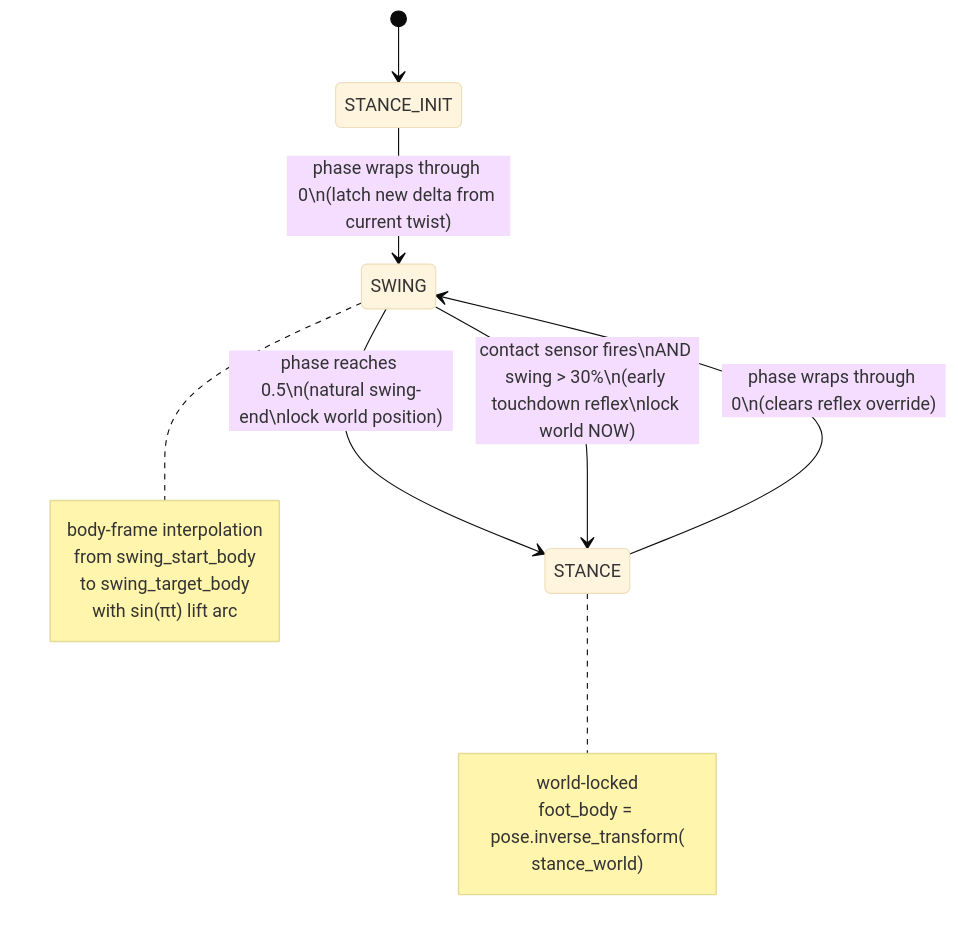
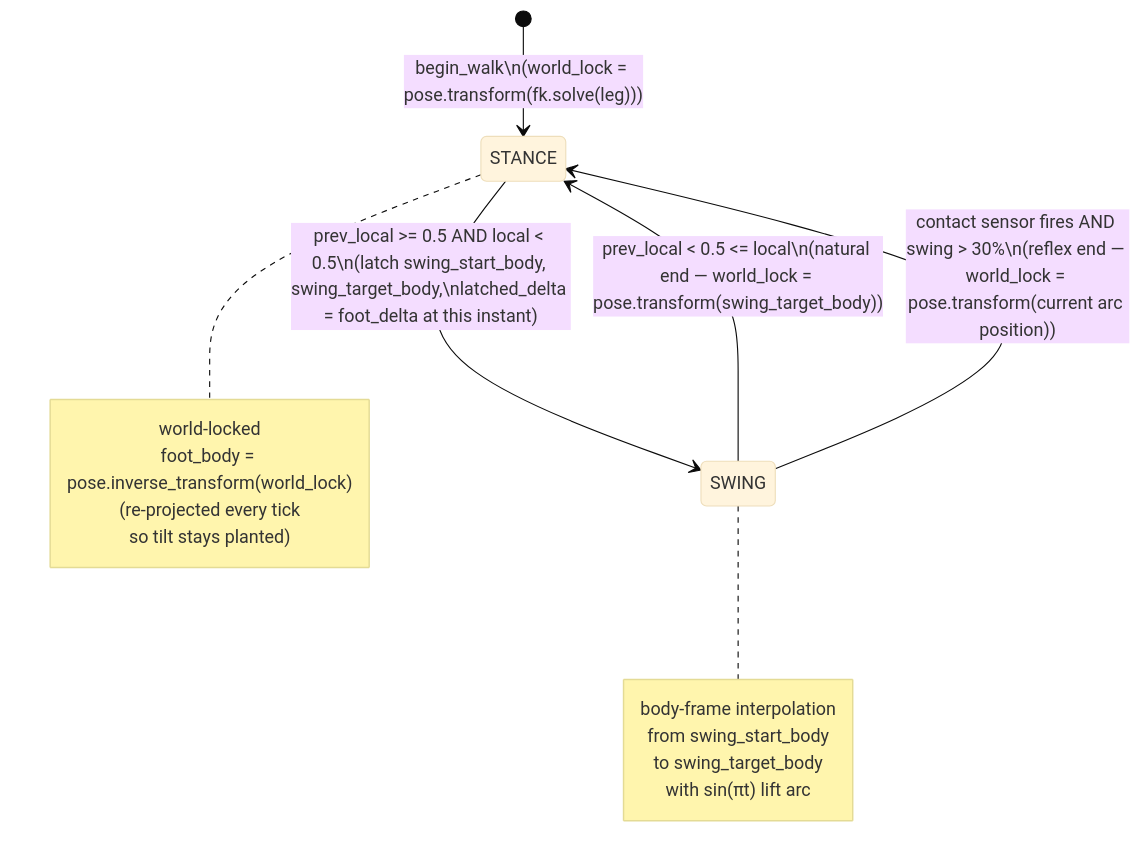
The fifth of 7 diagrams in README.md (traagel/hexapod-simulator), drawn with Mermaid (base theme) before and after one commit. The commit also changed other lines of this file and 5 other files, not shown here.

````diff
--- a/README.md
+++ b/README.md
@@ -252,23 +301,23 @@
 ```mermaid
 stateDiagram-v2
-    [*] --> STANCE_INIT
-    STANCE_INIT --> SWING : phase wraps through 0\n(latch new delta from current twist)
+    [*] --> STANCE : begin_walk\n(world_lock = pose.transform(fk.solve(leg)))
 
-    SWING --> STANCE : phase reaches 0.5\n(natural swing-end\nlock world position)
-    SWING --> STANCE : contact sensor fires\nAND swing > 30%\n(early touchdown reflex\nlock world NOW)
+    STANCE --> SWING : prev_local >= 0.5 AND local < 0.5\n(latch swing_start_body, swing_target_body,\nlatched_delta = foot_delta at this instant)
 
-    STANCE --> SWING : phase wraps through 0\n(clears reflex override)
+    SWING --> STANCE : prev_local < 0.5 <= local\n(natural end — world_lock = pose.transform(swing_target_body))
+    SWING --> STANCE : contact sensor fires AND swing > 30%\n(reflex end — world_lock = pose.transform(current arc position))
 
     note right of SWING
         body-frame interpolation
         from swing_start_body
         to swing_target_body
         with sin(πt) lift arc
     end note
 
     note right of STANCE
         world-locked
-        foot_body = pose.inverse_transform(
-          stance_world)
+        foot_body = pose.inverse_transform(world_lock)
+        (re-projected every tick
+         so tilt stays planted)
     end note
 ```
````
